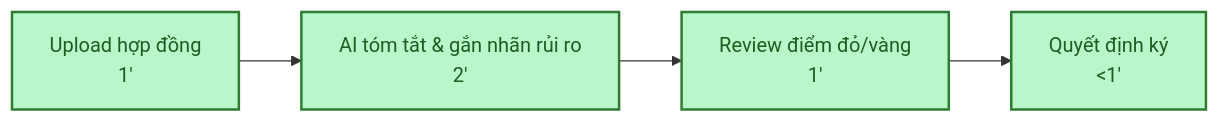
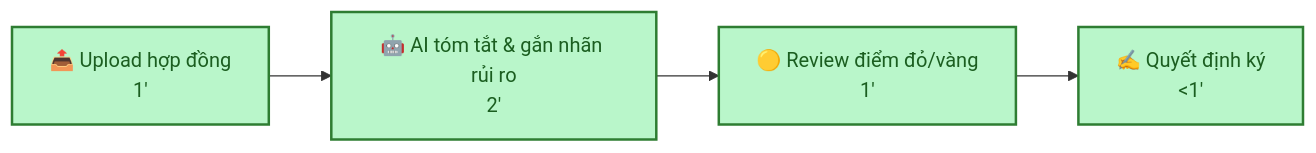
The fourth of 6 diagrams in 01-individual-problem-scan/01-individual-problem-scan.md (lequanneKMA/Day2-2A202600821-LeNguyenMinhQuan), drawn with Mermaid before and after one commit. The commit also changed other lines of this file and 3 other files, not shown here.

````diff
--- a/01-individual-problem-scan/01-individual-problem-scan.md
+++ b/01-individual-problem-scan/01-individual-problem-scan.md
@@ -300,12 +213,12 @@
 ```mermaid
 flowchart LR
-    F[" Upload hợp đồng\n1'"]
-    --> G[" AI tóm tắt & gắn nhãn rủi ro\n2'"]
-    --> H[" Review điểm đỏ/vàng\n1'"]
-    --> I[" Quyết định ký\n<1'"]
+    F["📤 Upload hợp đồng\n1'"]
+    --> G["🤖 AI tóm tắt & gắn nhãn rủi ro\n2'"]
+    --> H["🟡 Review điểm đỏ/vàng\n1'"]
+    --> I["✍️ Quyết định ký\n<1'"]
 
     style F fill:#b9f6ca,stroke:#2e7d32,stroke-width:2px,color:#1b5e20
     style G fill:#b9f6ca,stroke:#2e7d32,stroke-width:2px,color:#1b5e20
     style H fill:#b9f6ca,stroke:#2e7d32,stroke-width:2px,color:#1b5e20
     style I fill:#b9f6ca,stroke:#2e7d32,stroke-width:2px,color:#1b5e20
 ```
````
